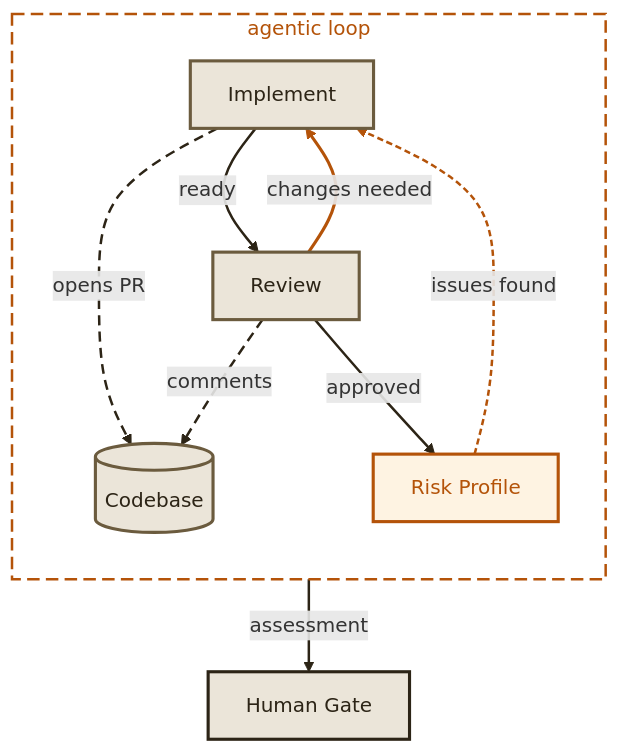
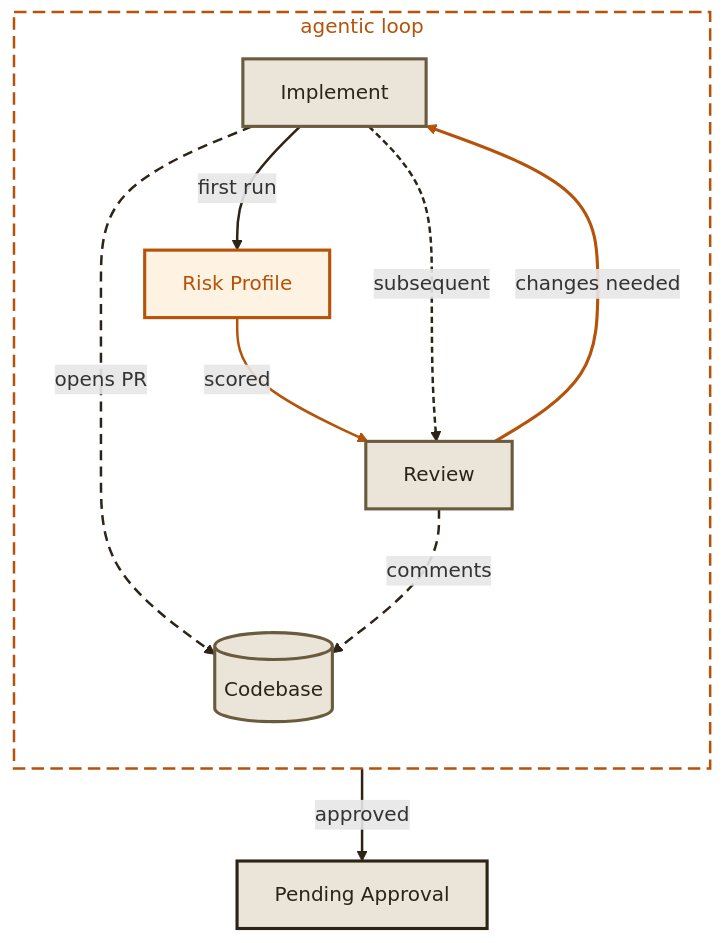
The third of 5 diagrams in docs/docs/concepts/index.mdx (dunkinfrunkin/maestro), drawn with Mermaid before and after one commit. The commit also changed other lines of this file and 4 other files, not shown here.

First line of the commit message:
docs: update flow order - risk profile runs after implementation, before review

````diff
--- a/docs/docs/concepts/index.mdx
+++ b/docs/docs/concepts/index.mdx
@@ -68,29 +68,29 @@
 ```mermaid
 graph TB
   subgraph LOOP ["agentic loop"]
     direction TB
     IA["Implement"] -- "opens PR" --> CB[("Codebase")]
-    IA --ready--> RA["Review"]
+    IA -- "first run" --> RP["Risk Profile"]
+    RP --scored--> RA["Review"]
+    IA -- "subsequent" --> RA
     RA -- "changes needed" --> IA
     RA --comments--> CB
-    RA --approved--> RP["Risk Profile"]
-    RP -- "issues found" --> IA
   end
 
-  RP --assessment--> OUT["Human Gate"]
+  RA --approved--> OUT["Pending Approval"]
 
   style LOOP fill:none,stroke:#b45309,stroke-width:2px,stroke-dasharray:10 5,color:#b45309
   style IA fill:#ebe5d9,stroke:#6b5b3e,stroke-width:2.5px,color:#2c2416
   style CB fill:#ebe5d9,stroke:#6b5b3e,stroke-width:2.5px,color:#2c2416
+  style RP fill:#fef3e2,stroke:#b45309,stroke-width:2.5px,color:#b45309
   style RA fill:#ebe5d9,stroke:#6b5b3e,stroke-width:2.5px,color:#2c2416
-  style RP fill:#fef3e2,stroke:#b45309,stroke-width:2.5px,color:#b45309
   style OUT fill:#ebe5d9,stroke:#2c2416,stroke-width:2.5px,color:#2c2416
 
   linkStyle 0 stroke:#2c2416,stroke-width:2px,stroke-dasharray:8 5
   linkStyle 1 stroke:#2c2416,stroke-width:2px
-  linkStyle 2 stroke:#b45309,stroke-width:2.5px
-  linkStyle 3 stroke:#2c2416,stroke-width:2px,stroke-dasharray:8 5
-  linkStyle 4 stroke:#2c2416,stroke-width:2px
-  linkStyle 5 stroke:#b45309,stroke-width:2px,stroke-dasharray:5 3
+  linkStyle 2 stroke:#b45309,stroke-width:2px
+  linkStyle 3 stroke:#2c2416,stroke-width:2px,stroke-dasharray:5 3
+  linkStyle 4 stroke:#b45309,stroke-width:2.5px
+  linkStyle 5 stroke:#2c2416,stroke-width:2px,stroke-dasharray:8 5
   linkStyle 6 stroke:#2c2416,stroke-width:2px
 ```
````
